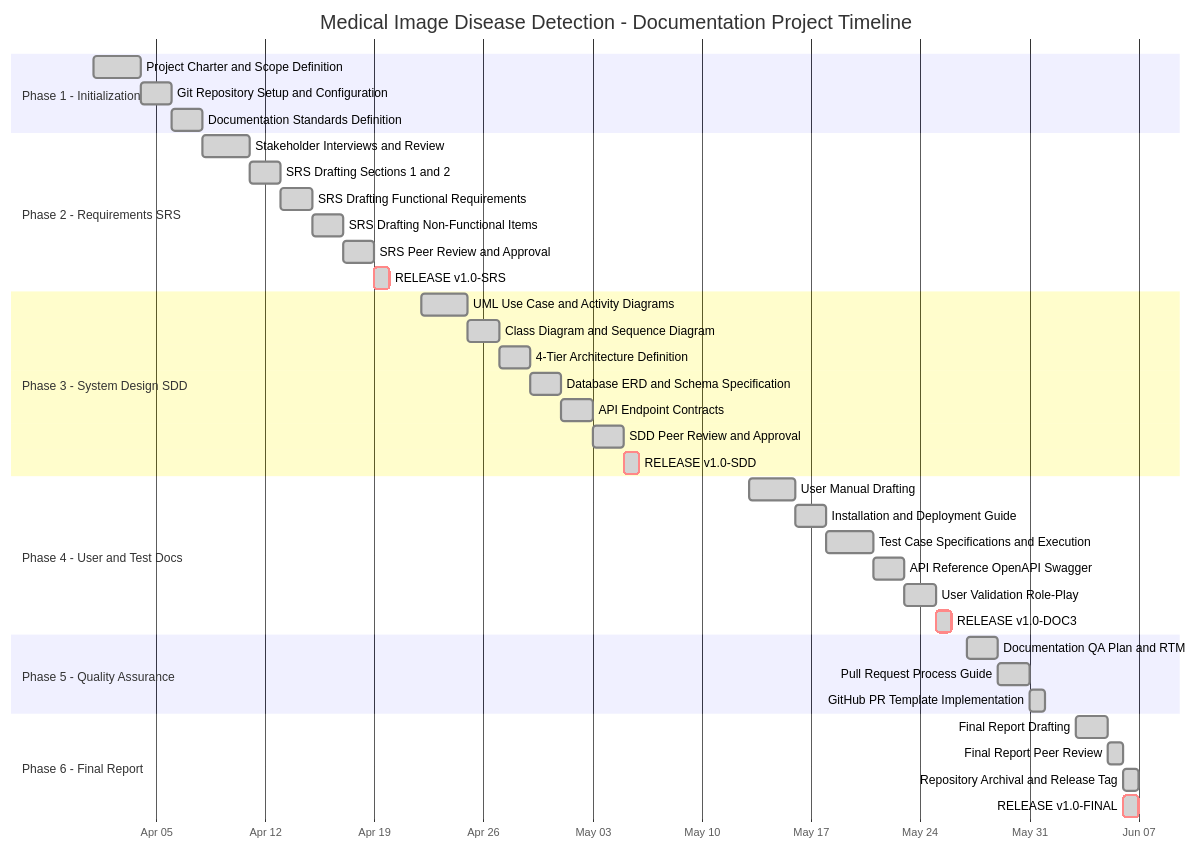
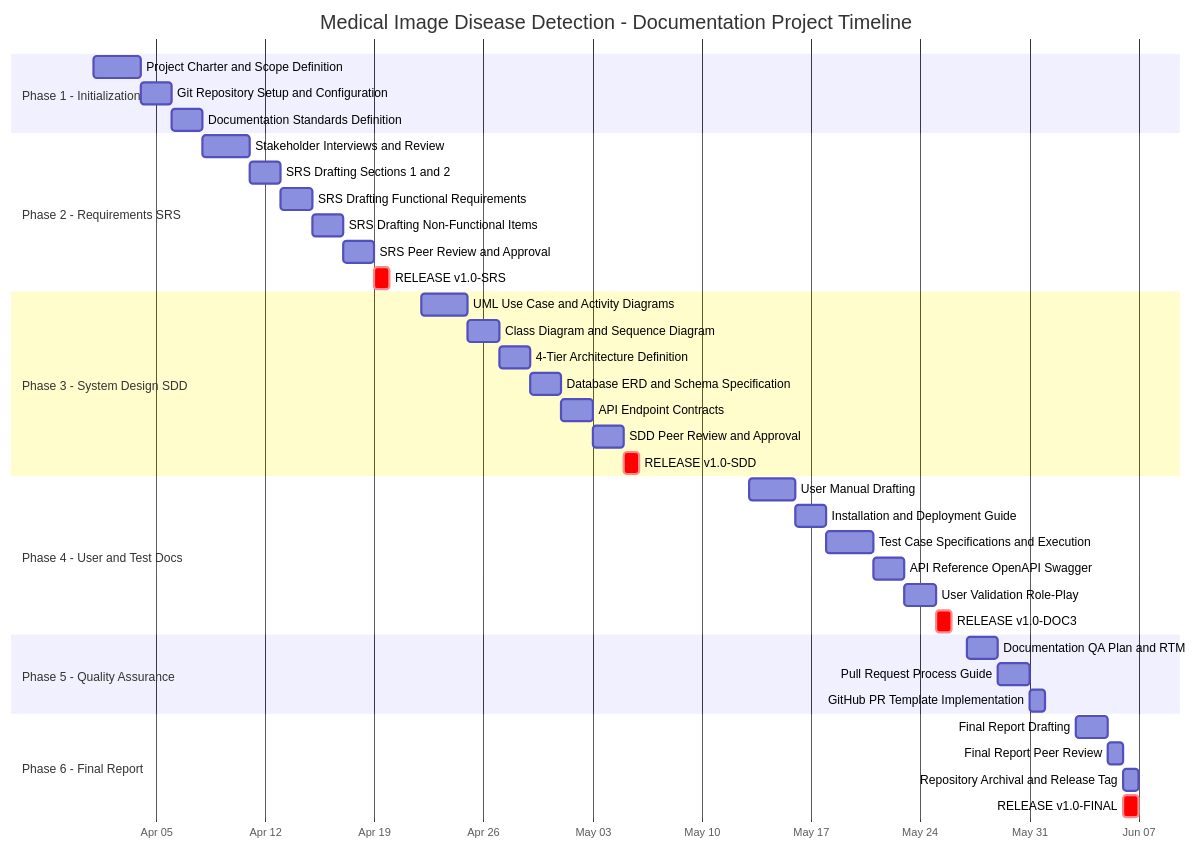
One commit to alirezakavianifar/Medical-Image-Based-Disease-Detection-and-Classification-System changed the diagram in diagrams/gantt_project_timeline.md. Above: the diagram before and after it, drawn with Mermaid. The commit also changed other lines of this file and 4 other files, not shown here.

Commit message:
INFRA: Enhance all Mermaid diagrams with color styling and visual improvements

````diff
--- a/diagrams/gantt_project_timeline.md
+++ b/diagrams/gantt_project_timeline.md
@@ -12,47 +12,47 @@
 ```mermaid
 gantt
     title Medical Image Disease Detection - Documentation Project Timeline
     dateFormat  YYYY-MM-DD
     axisFormat  %b %d
 
     section Phase 1 - Initialization
-    Project Charter and Scope Definition     :done, 2026-04-01, 3d
-    Git Repository Setup and Configuration   :done, 2026-04-04, 2d
-    Documentation Standards Definition       :done, 2026-04-06, 2d
+    Project Charter and Scope Definition     :2026-04-01, 3d
+    Git Repository Setup and Configuration   :2026-04-04, 2d
+    Documentation Standards Definition       :2026-04-06, 2d
 
     section Phase 2 - Requirements SRS
-    Stakeholder Interviews and Review        :done, 2026-04-08, 3d
-    SRS Drafting Sections 1 and 2            :done, 2026-04-11, 2d
-    SRS Drafting Functional Requirements     :done, 2026-04-13, 2d
-    SRS Drafting Non-Functional Items        :done, 2026-04-15, 2d
-    SRS Peer Review and Approval             :done, 2026-04-17, 2d
-    RELEASE v1.0-SRS                         :crit, done, 2026-04-19, 1d
+    Stakeholder Interviews and Review        :2026-04-08, 3d
+    SRS Drafting Sections 1 and 2            :2026-04-11, 2d
+    SRS Drafting Functional Requirements     :2026-04-13, 2d
+    SRS Drafting Non-Functional Items        :2026-04-15, 2d
+    SRS Peer Review and Approval             :2026-04-17, 2d
+    RELEASE v1.0-SRS                         :crit, 2026-04-19, 1d
 
     section Phase 3 - System Design SDD
-    UML Use Case and Activity Diagrams       :done, 2026-04-22, 3d
-    Class Diagram and Sequence Diagram       :done, 2026-04-25, 2d
-    4-Tier Architecture Definition           :done, 2026-04-27, 2d
-    Database ERD and Schema Specification    :done, 2026-04-29, 2d
-    API Endpoint Contracts                   :done, 2026-05-01, 2d
-    SDD Peer Review and Approval             :done, 2026-05-03, 2d
-    RELEASE v1.0-SDD                         :crit, done, 2026-05-05, 1d
+    UML Use Case and Activity Diagrams       :2026-04-22, 3d
+    Class Diagram and Sequence Diagram       :2026-04-25, 2d
+    4-Tier Architecture Definition           :2026-04-27, 2d
+    Database ERD and Schema Specification    :2026-04-29, 2d
+    API Endpoint Contracts                   :2026-05-01, 2d
+    SDD Peer Review and Approval             :2026-05-03, 2d
+    RELEASE v1.0-SDD                         :crit, 2026-05-05, 1d
 
     section Phase 4 - User and Test Docs
-    User Manual Drafting                     :done, 2026-05-13, 3d
-    Installation and Deployment Guide        :done, 2026-05-16, 2d
-    Test Case Specifications and Execution   :done, 2026-05-18, 3d
-    API Reference OpenAPI Swagger            :done, 2026-05-21, 2d
-    User Validation Role-Play                :done, 2026-05-23, 2d
-    RELEASE v1.0-DOC3                        :crit, done, 2026-05-25, 1d
+    User Manual Drafting                     :2026-05-13, 3d
+    Installation and Deployment Guide        :2026-05-16, 2d
+    Test Case Specifications and Execution   :2026-05-18, 3d
+    API Reference OpenAPI Swagger            :2026-05-21, 2d
+    User Validation Role-Play                :2026-05-23, 2d
+    RELEASE v1.0-DOC3                        :crit, 2026-05-25, 1d
 
     section Phase 5 - Quality Assurance
-    Documentation QA Plan and RTM            :done, 2026-05-27, 2d
-    Pull Request Process Guide               :done, 2026-05-29, 2d
-    GitHub PR Template Implementation        :done, 2026-05-31, 1d
+    Documentation QA Plan and RTM            :2026-05-27, 2d
+    Pull Request Process Guide               :2026-05-29, 2d
+    GitHub PR Template Implementation        :2026-05-31, 1d
 
     section Phase 6 - Final Report
-    Final Report Drafting                    :done, 2026-06-03, 2d
-    Final Report Peer Review                 :done, 2026-06-05, 1d
-    Repository Archival and Release Tag      :done, 2026-06-06, 1d
-    RELEASE v1.0-FINAL                       :crit, done, 2026-06-06, 1d
+    Final Report Drafting                    :2026-06-03, 2d
+    Final Report Peer Review                 :2026-06-05, 1d
+    Repository Archival and Release Tag      :2026-06-06, 1d
+    RELEASE v1.0-FINAL                       :crit, 2026-06-06, 1d
 ```
````
